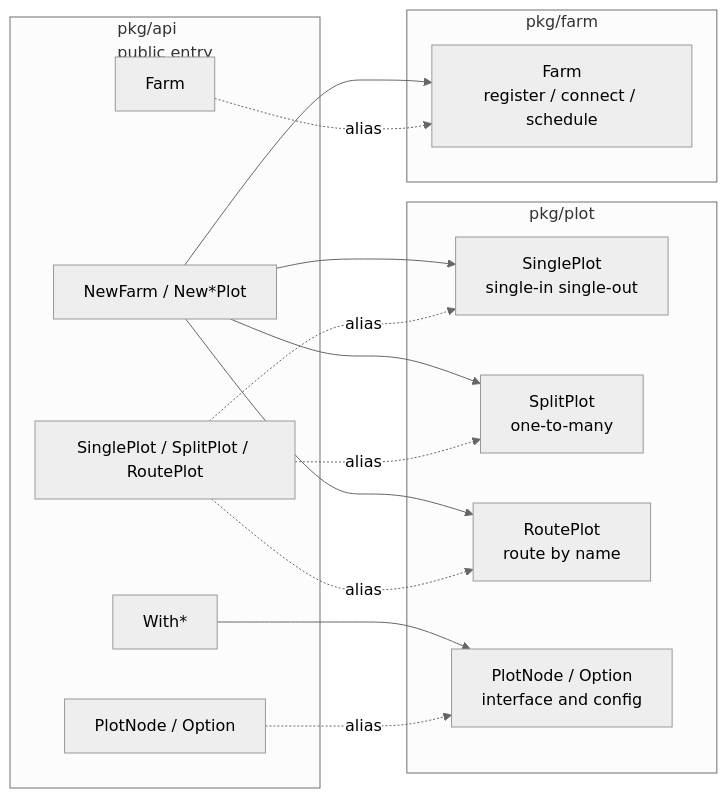
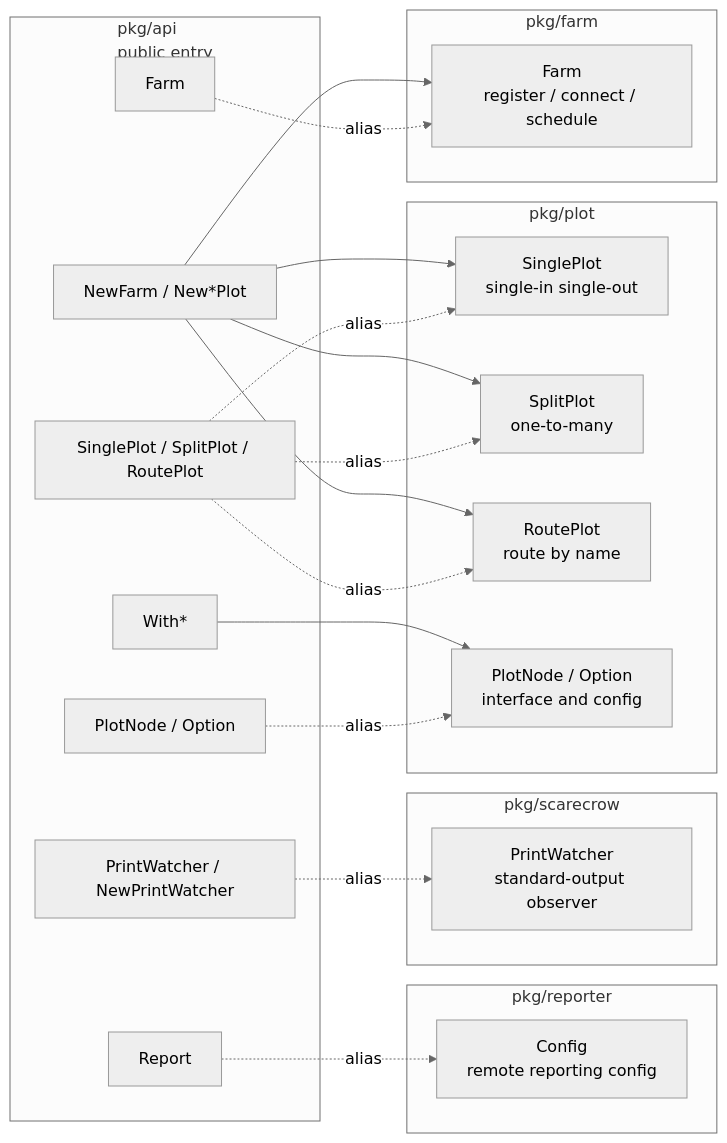
The first of 2 diagrams in docs/en/pkg/api/api.md (Mr-xiaotian/CelestialGrow), drawn with Mermaid (neutral theme) before and after one commit. The commit also changed other lines of this file and 99 other files, not shown here.

````diff
--- a/docs/en/pkg/api/api.md
+++ b/docs/en/pkg/api/api.md
@@ -49,32 +54,44 @@
 ```mermaid
 flowchart LR
     subgraph API["pkg/api<br/>public entry"]
         A1[Farm]
         A2[SinglePlot / SplitPlot / RoutePlot]
         A3[PlotNode / Option]
         A4[NewFarm / New*Plot]
         A5[With*]
+        A6[PrintWatcher / NewPrintWatcher]
+        A7[Report]
     end
 
     subgraph FARM["pkg/farm"]
         F1[Farm<br/>register / connect / schedule]
     end
 
     subgraph PLOT["pkg/plot"]
         P1[SinglePlot<br/>single-in single-out]
         P2[SplitPlot<br/>one-to-many]
         P3[RoutePlot<br/>route by name]
         P4[PlotNode / Option<br/>interface and config]
     end
 
+    subgraph SCARECROW["pkg/scarecrow"]
+        S1[PrintWatcher<br/>standard-output observer]
+    end
+
+    subgraph REPORTER["pkg/reporter"]
+        R1[Config<br/>remote reporting config]
+    end
+
     A1 -.alias.-> F1
     A2 -.alias.-> P1
     A2 -.alias.-> P2
     A2 -.alias.-> P3
     A3 -.alias.-> P4
     A4 --> F1
     A4 --> P1
     A4 --> P2
     A4 --> P3
     A5 --> P4
+    A6 -.alias.-> S1
+    A7 -.alias.-> R1
 ```
````
